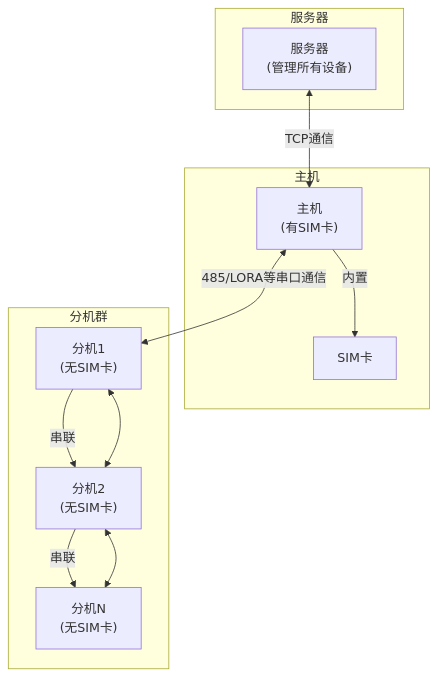
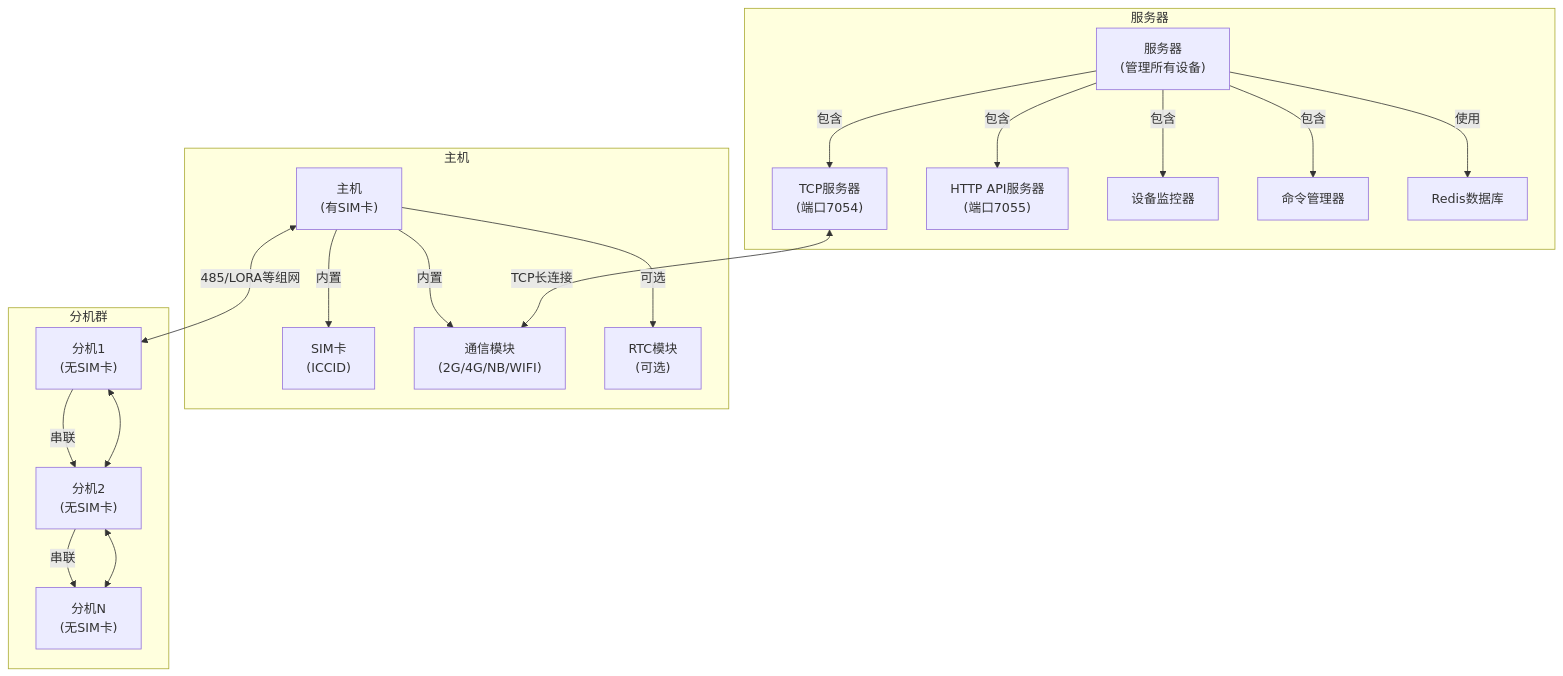
The first of 17 diagrams in docs/iot_master_slave_architecture_all.md (taoyao-code/iot-zinx), drawn with Mermaid before and after one commit. The commit also changed other lines of this file and 7 other files, not shown here.

````diff
--- a/docs/iot_master_slave_architecture_all.md
+++ b/docs/iot_master_slave_architecture_all.md
@@ -3,23 +3,37 @@
 ```mermaid
 graph TD
     subgraph 服务器
         S["服务器\n(管理所有设备)"]
+        TCPServer["TCP服务器\n(端口7054)"]
+        HTTPServer["HTTP API服务器\n(端口7055)"]
+        DeviceMonitor["设备监控器"]
+        CommandManager["命令管理器"]
+        RedisDB["Redis数据库"]
     end
     subgraph 主机
         M["主机\n(有SIM卡)"]
-        SIM["SIM卡"]
+        SIM["SIM卡\n(ICCID)"]
+        Comm["通信模块\n(2G/4G/NB/WIFI)"]
+        RTC["RTC模块\n(可选)"]
         M -- "内置" --> SIM
+        M -- "内置" --> Comm
+        M -- "可选" --> RTC
     end
     subgraph 分机群
         F1["分机1\n(无SIM卡)"]
         F2["分机2\n(无SIM卡)"]
         F3["分机N\n(无SIM卡)"]
         F1 -- "串联" --> F2
         F2 -- "串联" --> F3
     end
-    S <--> |"TCP通信"| M
-    M <--> |"485/LORA等串口通信"| F1
+    S -- "包含" --> TCPServer
+    S -- "包含" --> HTTPServer
+    S -- "包含" --> DeviceMonitor
+    S -- "包含" --> CommandManager
+    S -- "使用" --> RedisDB
+    TCPServer <--> |"TCP长连接"| Comm
+    M <--> |"485/LORA等组网"| F1
     F1 <--> F2
     F2 <--> F3
     %% 说明：主机通过SIM卡与服务器通信，分机通过串联方式与主机通信
 ```
````
